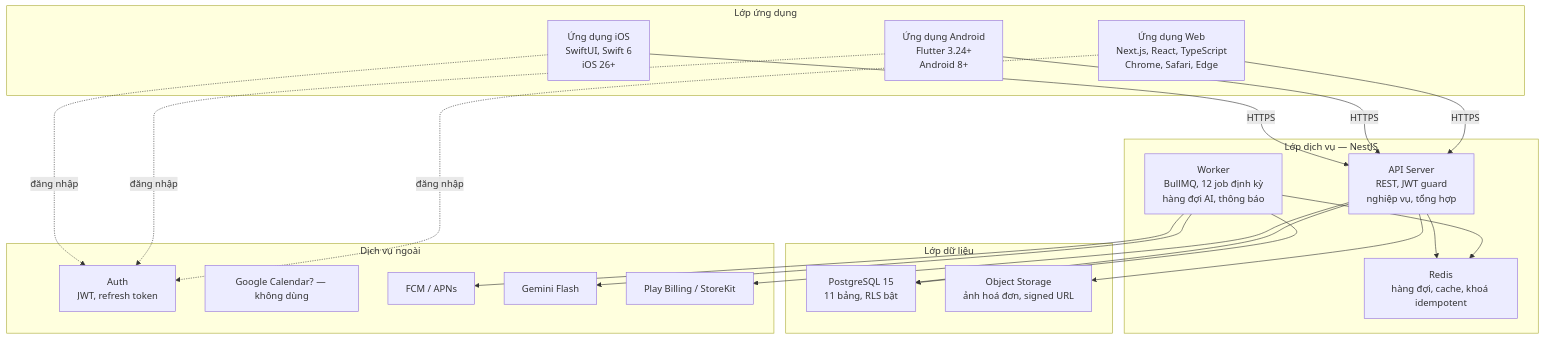
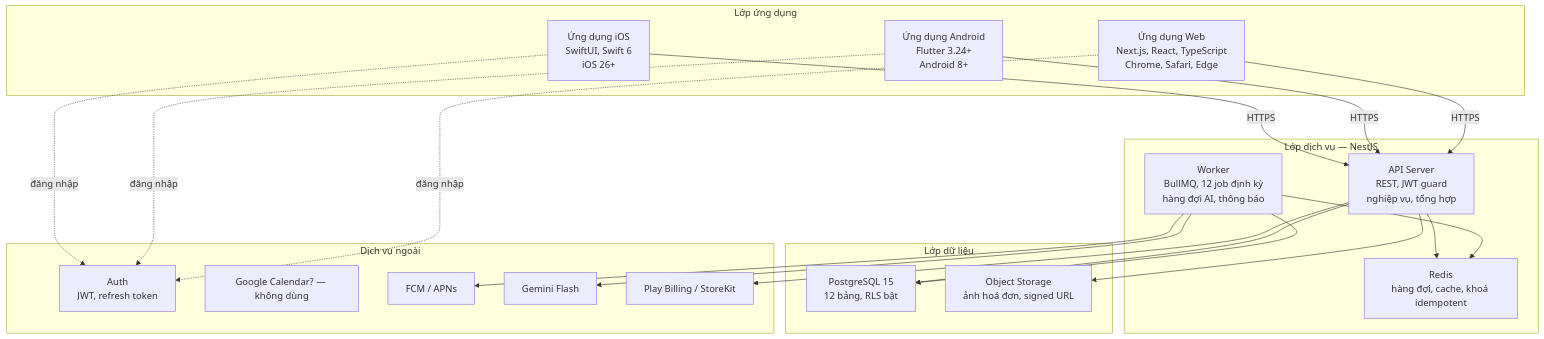
The second of 10 diagrams in docs/system-design/00-architecture.md (ThanhBinhITDev/quan-ly-chi-tieu-va-thu-nhap-ca-nhan), drawn with Mermaid before and after one commit. The commit also changed other lines of this file and 29 other files, not shown here.

Commit message:
Đồng bộ schema Supabase, tài liệu và xuất logo thương hiệu

````diff
--- a/docs/system-design/00-architecture.md
+++ b/docs/system-design/00-architecture.md
@@ -115,42 +115,42 @@
 ```mermaid
 graph TB
     subgraph CLIENT["Lớp ứng dụng"]
         IOS["Ứng dụng iOS<br/>SwiftUI, Swift 6<br/>iOS 26+"]
         AND["Ứng dụng Android<br/>Flutter 3.24+<br/>Android 8+"]
         WEB["Ứng dụng Web<br/>Next.js, React, TypeScript<br/>Chrome, Safari, Edge"]
     end
 
     subgraph SVC["Lớp dịch vụ — NestJS"]
         API["API Server<br/>REST, JWT guard<br/>nghiệp vụ, tổng hợp"]
         WRK["Worker<br/>BullMQ, 12 job định kỳ<br/>hàng đợi AI, thông báo"]
         RED["Redis<br/>hàng đợi, cache, khoá idempotent"]
     end
 
     subgraph DATA["Lớp dữ liệu"]
-        PG["PostgreSQL 15<br/>11 bảng, RLS bật"]
+        PG["PostgreSQL 15<br/>12 bảng, RLS bật"]
         OBJ["Object Storage<br/>ảnh hoá đơn, signed URL"]
     end
 
     subgraph EXT["Dịch vụ ngoài"]
         AUTH["Auth<br/>JWT, refresh token"]
         GC["Google Calendar? — không dùng"]
         PUSH["FCM / APNs"]
         LLM["Gemini Flash"]
         BILL["Play Billing / StoreKit"]
     end
 
     IOS -->|HTTPS| API
     AND -->|HTTPS| API
     WEB -->|HTTPS| API
     IOS -.->|đăng nhập| AUTH
     AND -.->|đăng nhập| AUTH
     WEB -.->|đăng nhập| AUTH
     API --> PG
     API --> OBJ
     API --> RED
     WRK --> PG
     WRK --> RED
     WRK --> PUSH
     WRK --> LLM
     API --> BILL
 ```
````
